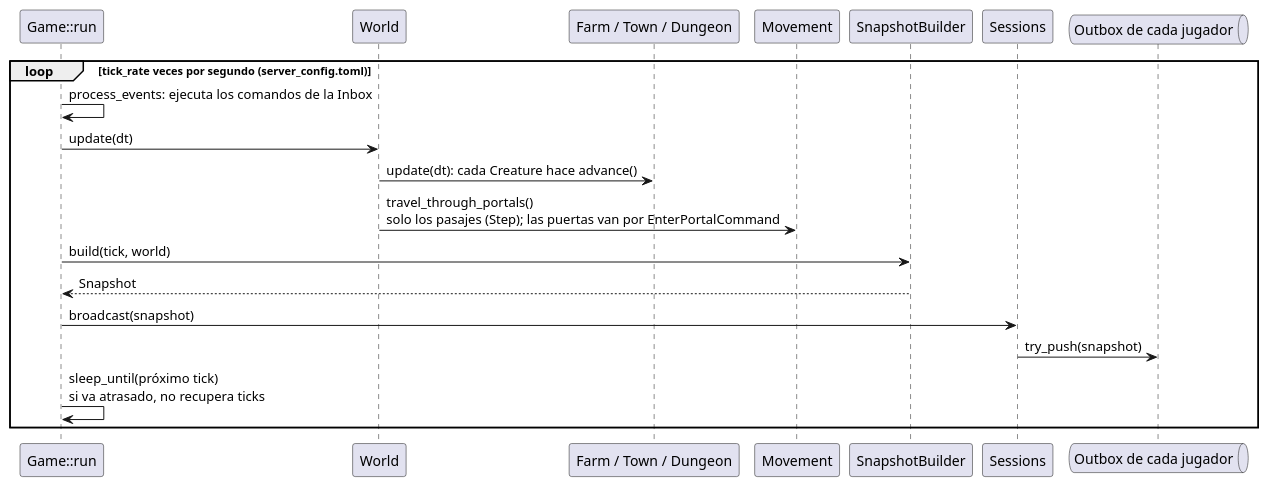
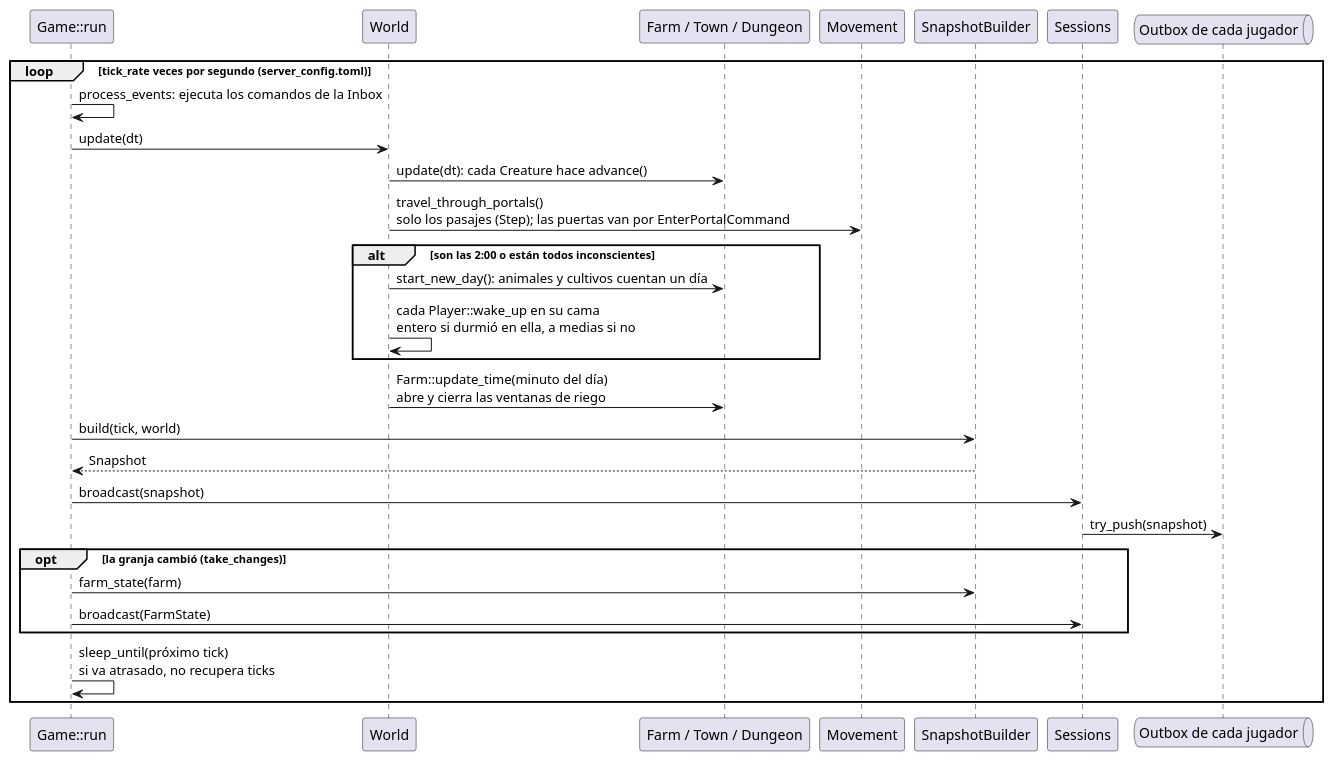
The diagram in server/docs/diagrams/tick_sequence/tick_sequence.puml (jerod1903/tp-taller-2026c2-grupo-14), drawn with PlantUML before and after one commit. The commit also changed 8 other files, not shown here.

Commit message:
docs(server): actualizo diagramas

```diff
--- a/server/docs/diagrams/tick_sequence/tick_sequence.puml
+++ b/server/docs/diagrams/tick_sequence/tick_sequence.puml
@@ -1,21 +1,30 @@
 @startuml tick_sequence
 participant "Game::run" as G
 participant World as W
 participant "Farm / Town / Dungeon" as L
 participant Movement as M
 participant SnapshotBuilder as S
 participant Sessions as SS
 queue "Outbox de cada jugador" as O
 
 loop tick_rate veces por segundo (server_config.toml)
   G -> G : process_events: ejecuta los comandos de la Inbox
   G -> W : update(dt)
   W -> L : update(dt): cada Creature hace advance()
   W -> M : travel_through_portals()\nsolo los pasajes (Step); las puertas van por EnterPortalCommand
+  alt son las 2:00 o están todos inconscientes
+    W -> L : start_new_day(): animales y cultivos cuentan un día
+    W -> W : cada Player::wake_up en su cama\nentero si durmió en ella, a medias si no
+  end
+  W -> L : Farm::update_time(minuto del día)\nabre y cierra las ventanas de riego
   G -> S : build(tick, world)
   S --> G : Snapshot
   G -> SS : broadcast(snapshot)
   SS -> O : try_push(snapshot)
+  opt la granja cambió (take_changes)
+    G -> S : farm_state(farm)
+    G -> SS : broadcast(FarmState)
+  end
   G -> G : sleep_until(próximo tick)\nsi va atrasado, no recupera ticks
 end
 @enduml
```
